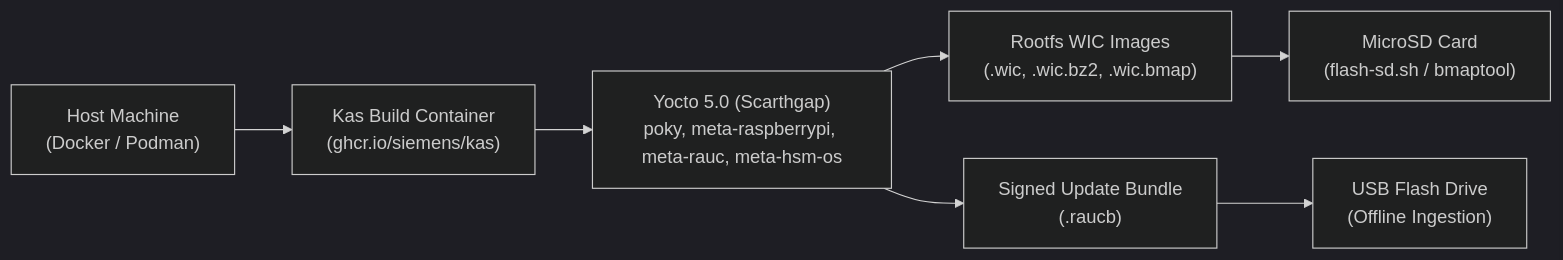
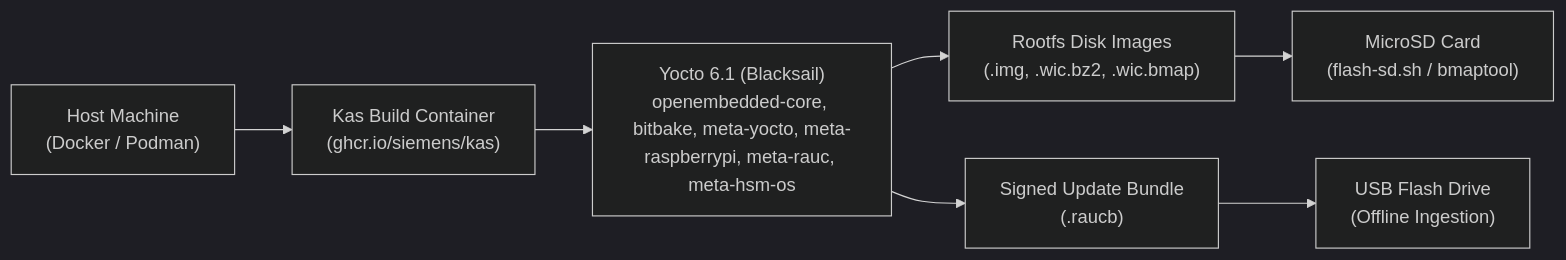
Before and after one commit to gpfister/hsm-obsidian: the first of 3 diagrams in Development/Yocto Build and RAUC Update Guide.md, drawn with Mermaid (dark theme). The commit also changed other lines of this file and 34 other files, not shown here.

````diff
--- a/Development/Yocto Build and RAUC Update Guide.md
+++ b/Development/Yocto Build and RAUC Update Guide.md
@@ -27,9 +27,9 @@
 ```mermaid
 flowchart LR
     HOST["Host Machine\n(Docker / Podman)"] --> KAS["Kas Build Container\n(ghcr.io/siemens/kas)"]
-    KAS --> LAYERS["Yocto 5.0 (Scarthgap)\npoky, meta-raspberrypi, meta-rauc, meta-hsm-os"]
-    LAYERS --> WIC["Rootfs WIC Images\n(.wic, .wic.bz2, .wic.bmap)"]
+    KAS --> LAYERS["Yocto 6.1 (Blacksail)\nopenembedded-core, bitbake, meta-yocto, meta-raspberrypi, meta-rauc, meta-hsm-os"]
+    LAYERS --> WIC["Rootfs Disk Images\n(.img, .wic.bz2, .wic.bmap)"]
     LAYERS --> RAUCB["Signed Update Bundle\n(.raucb)"]
     WIC --> SD["MicroSD Card\n(flash-sd.sh / bmaptool)"]
     RAUCB --> USB["USB Flash Drive\n(Offline Ingestion)"]
 ```
````
